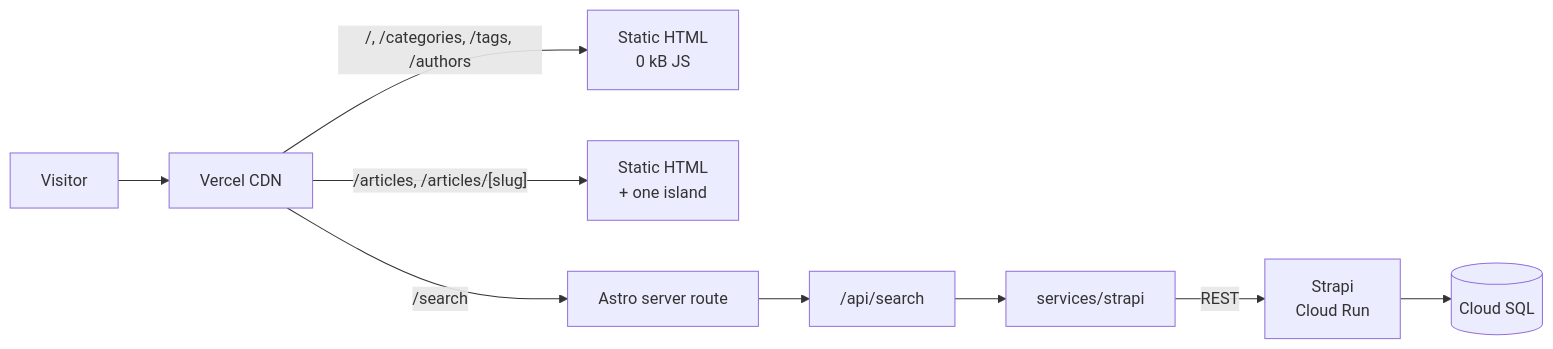
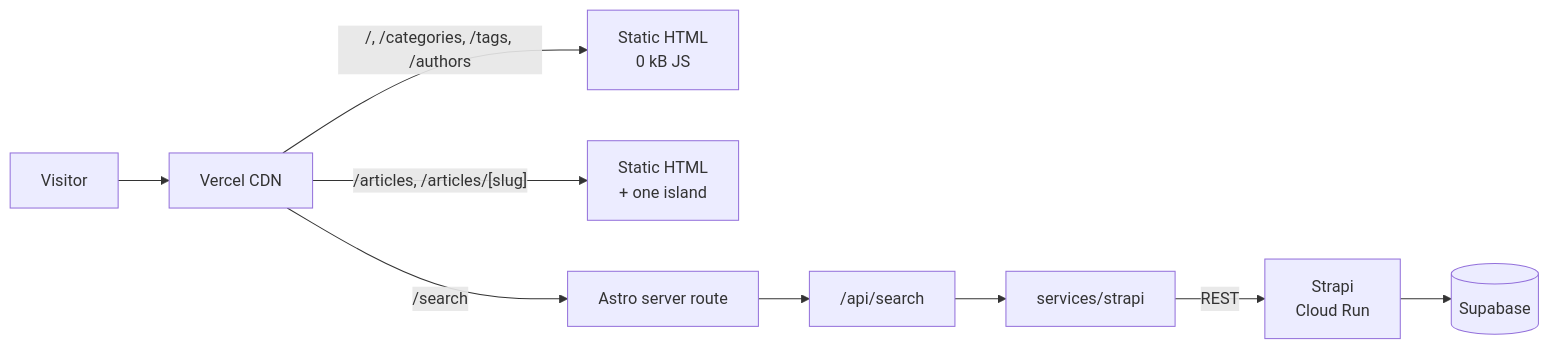
The second of 3 diagrams in docs/ARCHITECTURE.md (AnggaWikaNugraha/knowly-headless-cms), drawn with Mermaid before and after one commit. The commit also changed other lines of this file and 8 other files, not shown here.

````diff
--- a/docs/ARCHITECTURE.md
+++ b/docs/ARCHITECTURE.md
@@ -79,11 +80,11 @@
 ```mermaid
 flowchart LR
     U["Visitor"] --> CDN["Vercel CDN"]
     CDN -->|"/, /categories, /tags, /authors"| H["Static HTML<br/>0 kB JS"]
     CDN -->|"/articles, /articles/[slug]"| I["Static HTML<br/>+ one island"]
     CDN -->|"/search"| F["Astro server route"]
     F --> API["/api/search"]
     API --> SL["services/strapi"]
     SL -->|"REST"| S["Strapi<br/>Cloud Run"]
-    S --> DB[("Cloud SQL")]
+    S --> DB[("Supabase")]
 ```
````
